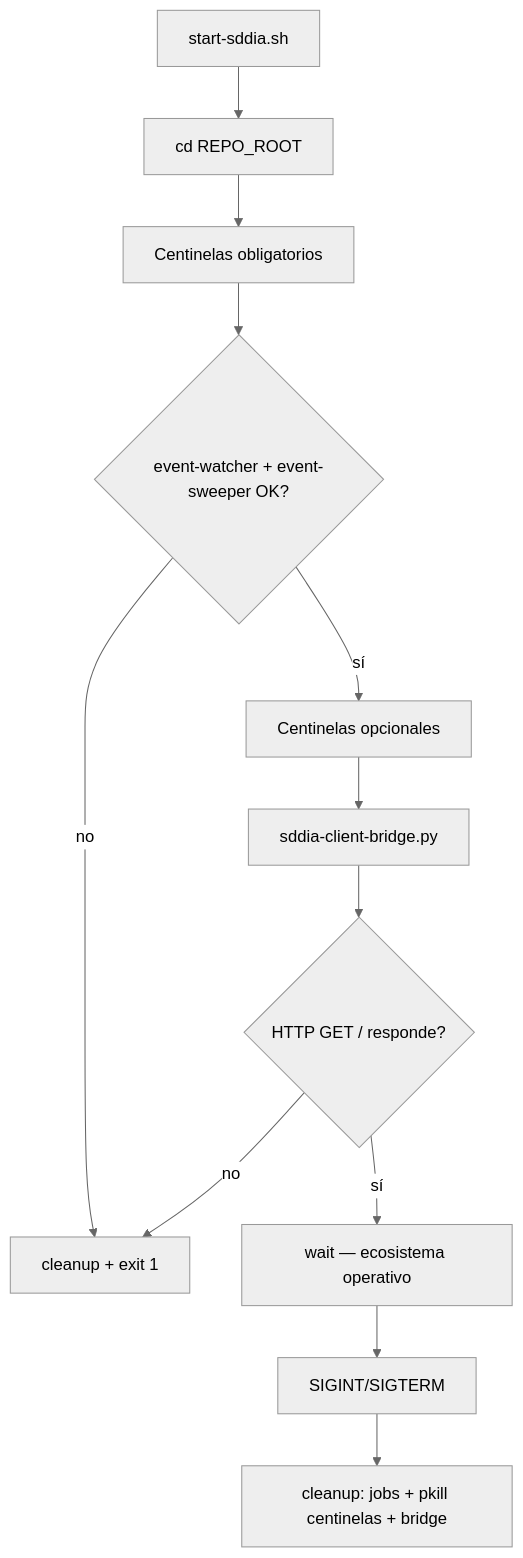
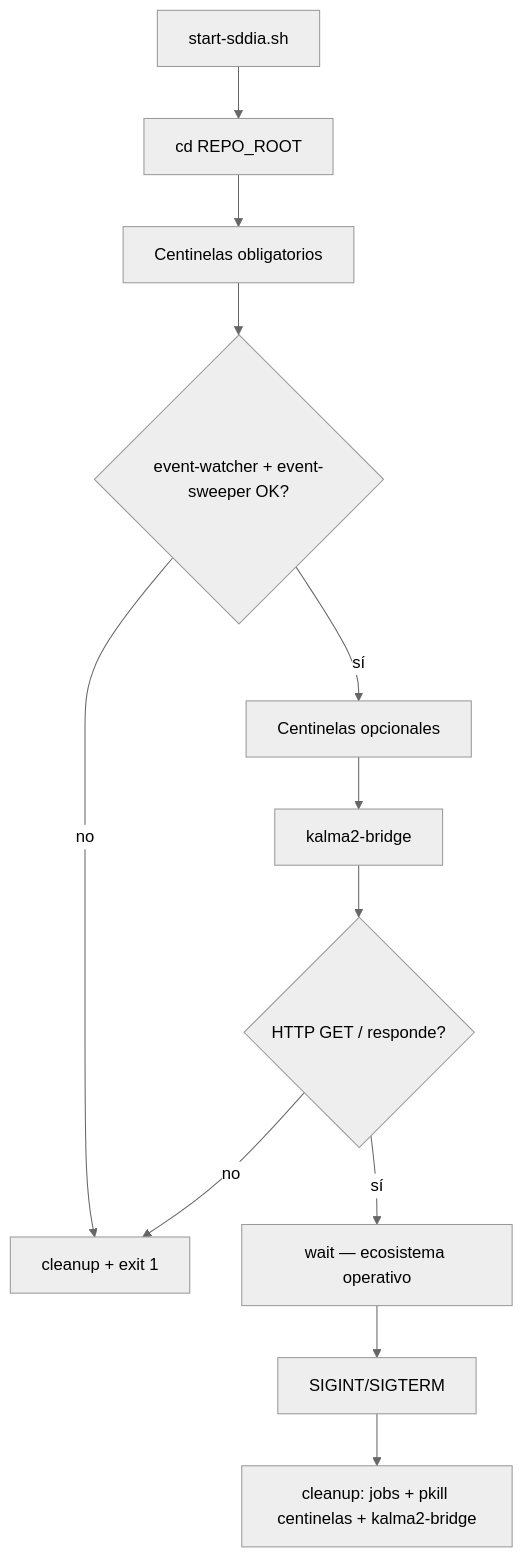
One commit to racso80es/SddIA changed the diagram in start-sddia.md. Above: the diagram before and after it, drawn with Mermaid (neutral theme). The commit also changed other lines of this file and 18 other files, not shown here.

First line of the commit message:
feat(kalma2-bridge): puente HTTP nativo Rust + cierre documental

````diff
--- a/start-sddia.md
+++ b/start-sddia.md
@@ -29,14 +30,14 @@
 ```mermaid
 flowchart TD
     A[start-sddia.sh] --> B[cd REPO_ROOT]
     B --> C[Centinelas obligatorios]
     C --> D{event-watcher + event-sweeper OK?}
     D -->|no| X[cleanup + exit 1]
     D -->|sí| E[Centinelas opcionales]
-    E --> F[sddia-client-bridge.py]
+    E --> F[kalma2-bridge]
     F --> G{HTTP GET / responde?}
     G -->|no| X
     G -->|sí| H[wait — ecosistema operativo]
     H --> I[SIGINT/SIGTERM]
-    I --> J[cleanup: jobs + pkill centinelas + bridge]
+    I --> J[cleanup: jobs + pkill centinelas + kalma2-bridge]
 ```
````
